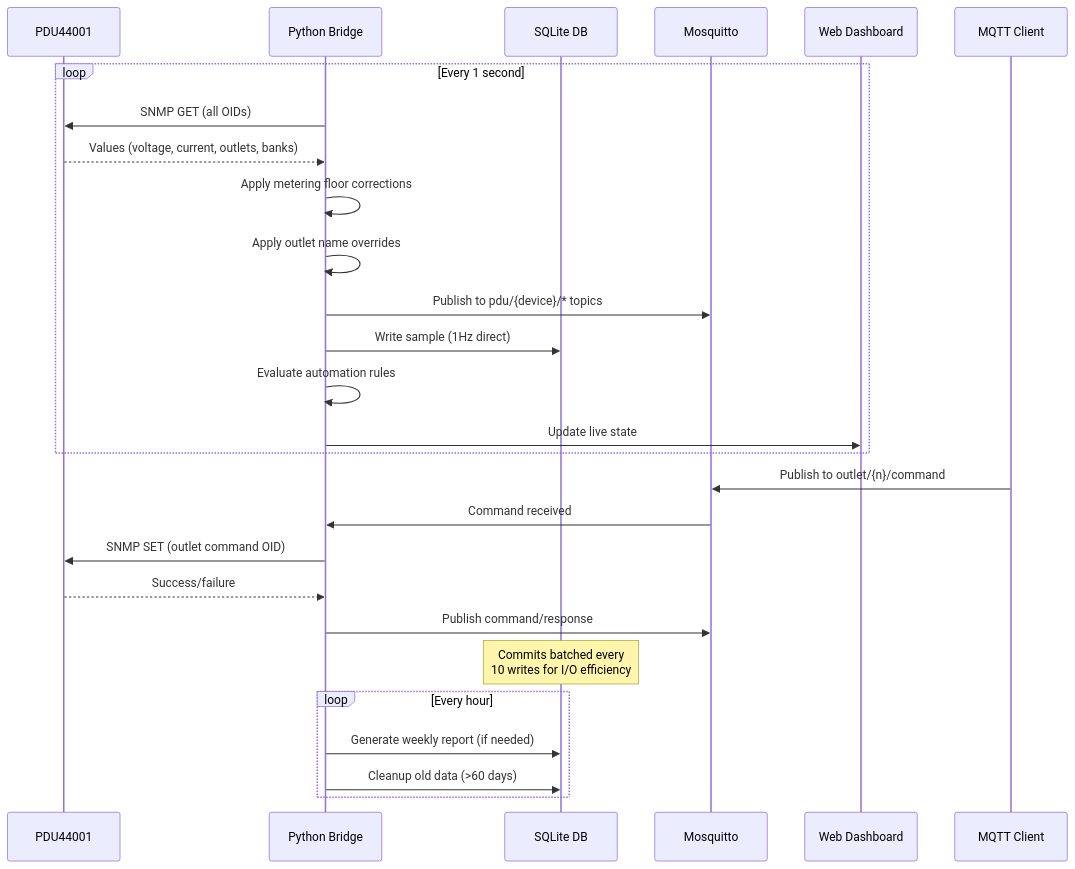
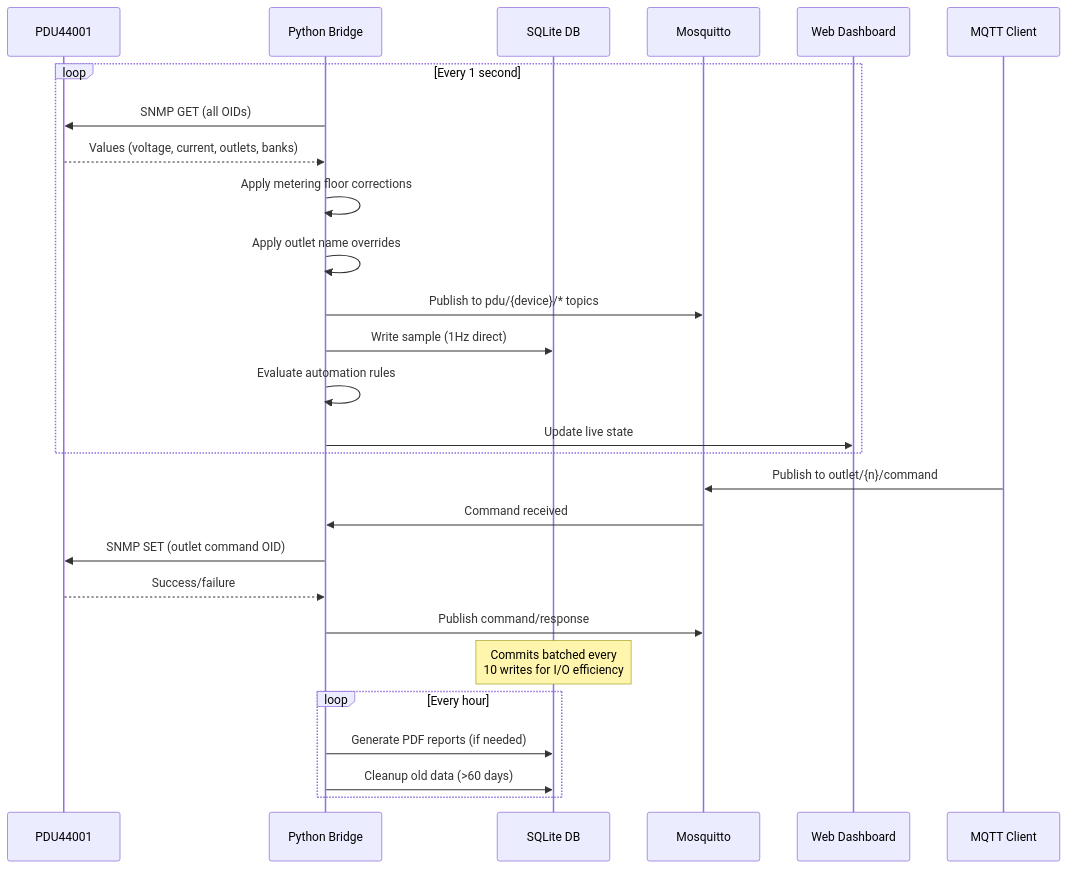
One commit to mvalancy/CyberPower-PDU changed the second of 4 diagrams in docs/architecture.md. Above: the diagram before and after it, drawn with Mermaid. The commit also changed other lines of this file and 25 other files, not shown here.

First line of the commit message:
Add auto-generated PDF energy reports (weekly + monthly)

````diff
--- a/docs/architecture.md
+++ b/docs/architecture.md
@@ -142,33 +142,33 @@
 ```mermaid
 sequenceDiagram
     participant PDU as PDU44001
     participant Bridge as Python Bridge
     participant SQLite as SQLite DB
     participant MQTT as Mosquitto
     participant Web as Web Dashboard
     participant Client as MQTT Client
 
     loop Every 1 second
         Bridge->>PDU: SNMP GET (all OIDs)
         PDU-->>Bridge: Values (voltage, current, outlets, banks)
         Bridge->>Bridge: Apply metering floor corrections
         Bridge->>Bridge: Apply outlet name overrides
         Bridge->>MQTT: Publish to pdu/{device}/* topics
         Bridge->>SQLite: Write sample (1Hz direct)
         Bridge->>Bridge: Evaluate automation rules
         Bridge->>Web: Update live state
     end
 
     Client->>MQTT: Publish to outlet/{n}/command
     MQTT->>Bridge: Command received
     Bridge->>PDU: SNMP SET (outlet command OID)
     PDU-->>Bridge: Success/failure
     Bridge->>MQTT: Publish command/response
 
     Note over SQLite: Commits batched every<br/>10 writes for I/O efficiency
 
     loop Every hour
-        Bridge->>SQLite: Generate weekly report (if needed)
+        Bridge->>SQLite: Generate PDF reports (if needed)
         Bridge->>SQLite: Cleanup old data (>60 days)
     end
 ```
````
